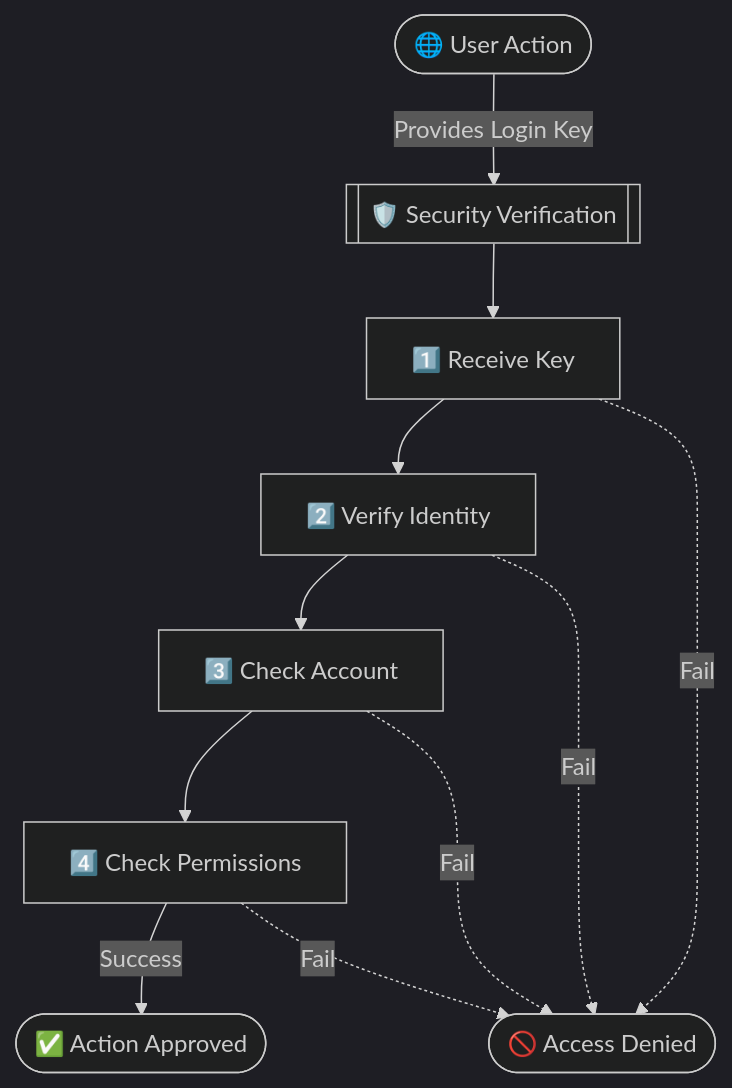
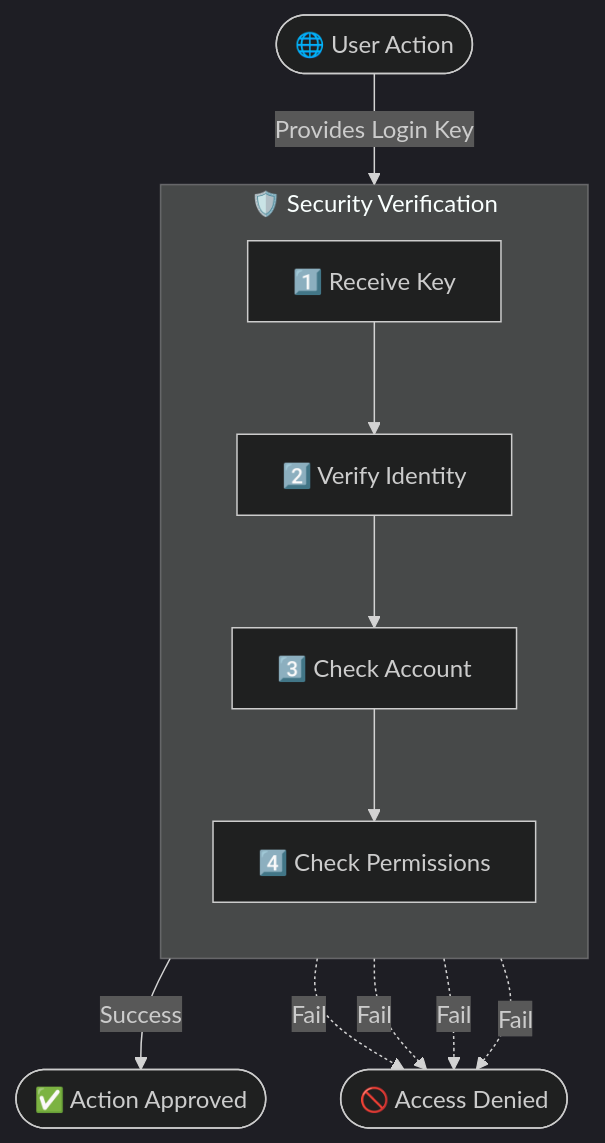
One commit to Himanshu-Singh11/Feedback-Collector changed the second of 2 diagrams in README.md. Above: the diagram before and after it, drawn with Mermaid (dark theme).

Commit message:
docs: Restore security subgraph outer box with perfectly centered TB alignment

````diff
--- a/README.md
+++ b/README.md
@@ -107,25 +107,25 @@
 ```mermaid
 flowchart TD
     Request(["🌐 User Action"])
     
-    Security[["🛡️ Security Verification"]]
-    
-    T["1️⃣ Receive Key"]
-    V["2️⃣ Verify Identity"]
-    U["3️⃣ Check Account"]
-    R["4️⃣ Check Permissions"]
+    subgraph Middleware ["🛡️ Security Verification"]
+        direction TB
+        T["1️⃣ Receive Key"]
+        V["2️⃣ Verify Identity"]
+        U["3️⃣ Check Account"]
+        R["4️⃣ Check Permissions"]
+        
+        T --> V --> U --> R
+    end
     
     Block(["🚫 Access Denied"])
     Allow(["✅ Action Approved"])
 
-    Request -- "Provides Login Key" --> Security
-    Security --> T
-    T --> V --> U --> R
-    
+    Request -- "Provides Login Key" --> Middleware
     R -- "Success" --> Allow
     
     T -. "Fail" .-> Block
     V -. "Fail" .-> Block
     U -. "Fail" .-> Block
     R -. "Fail" .-> Block
 ```
````
